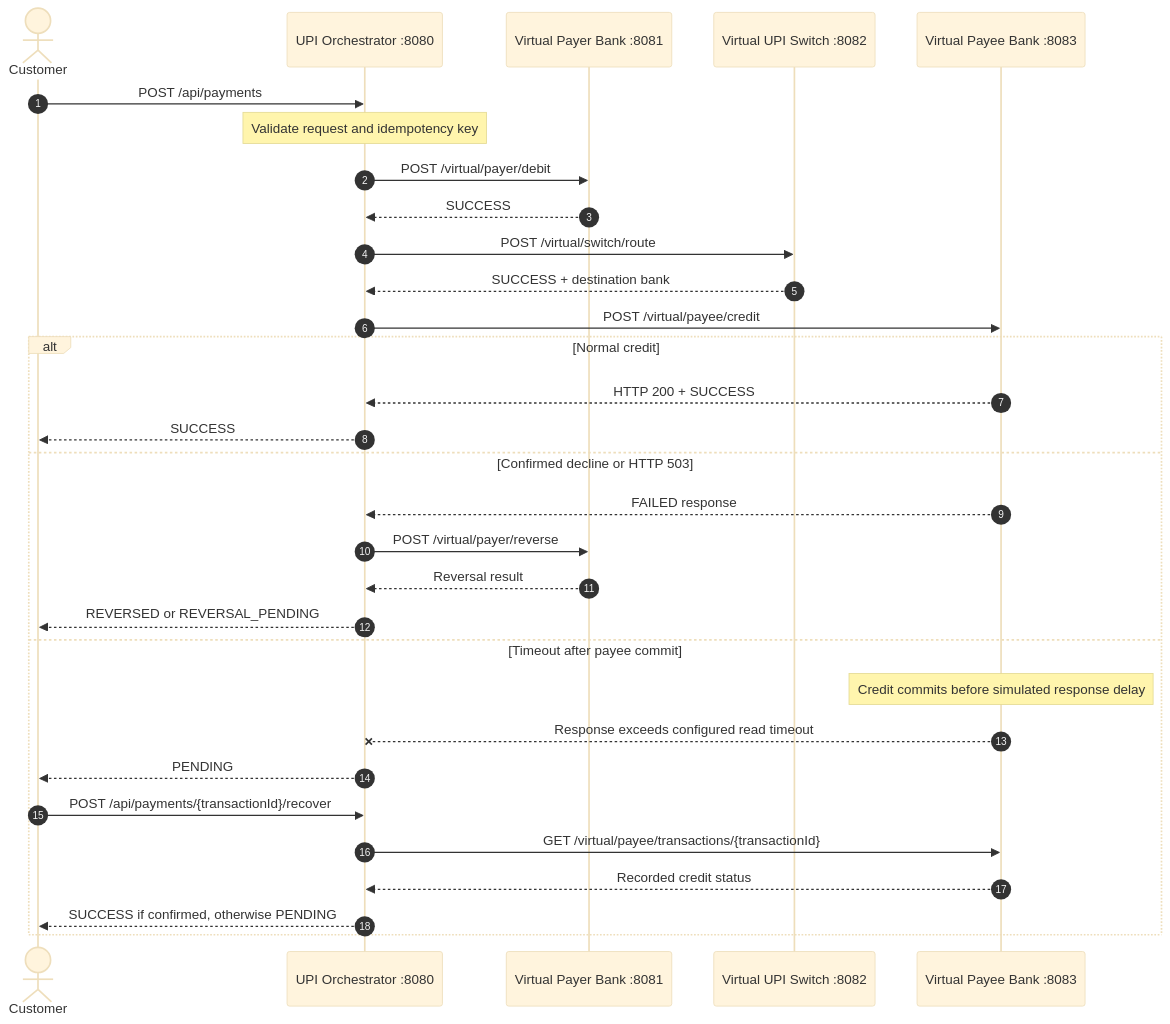
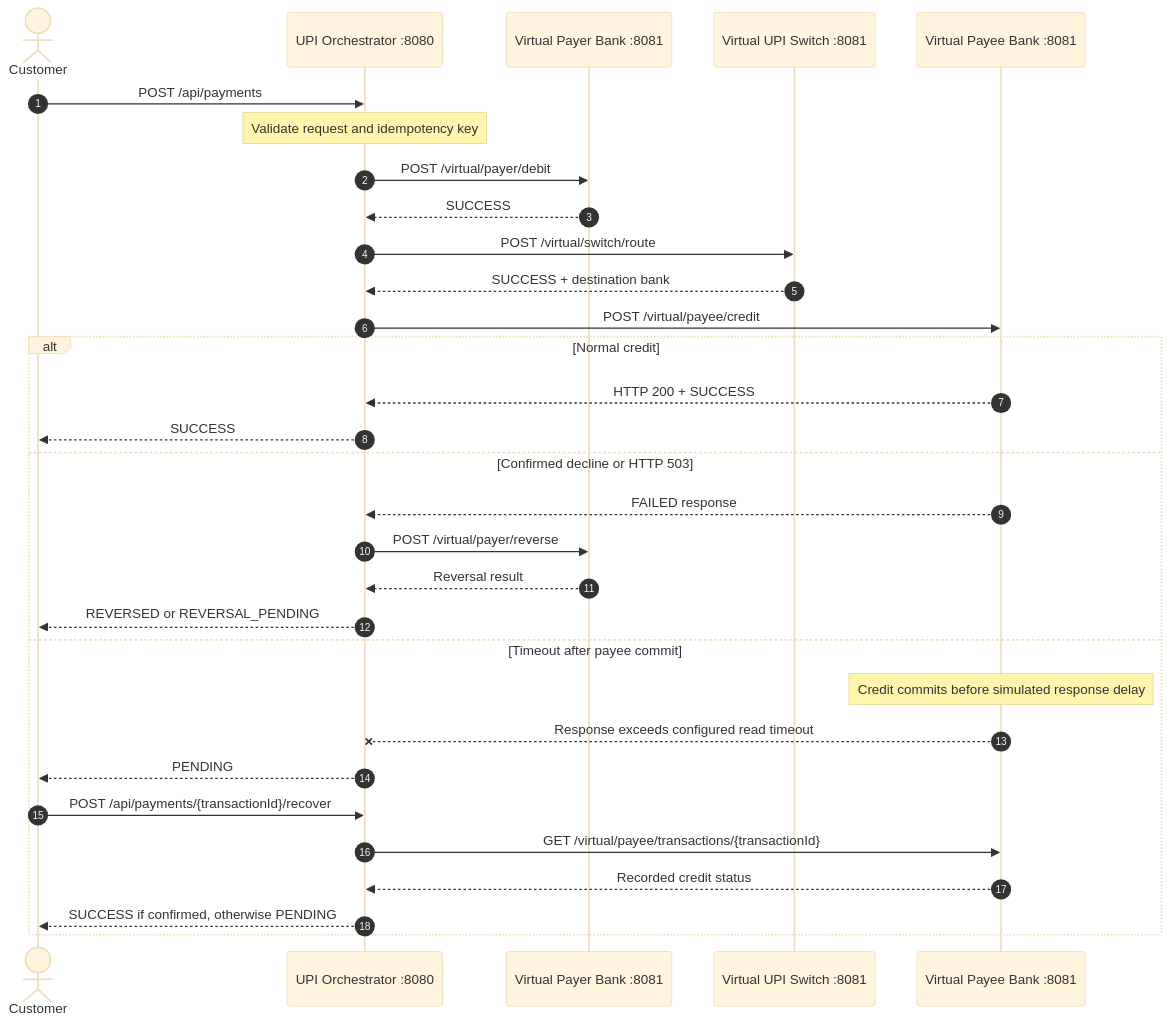
The second of 2 diagrams in README.md (guptaprashantOO3/upi-service-virtualization), drawn with Mermaid (base theme) before and after one commit.

Commit message:
Fix participant port numbers in README
Updated participant ports for UPI Orchestrator and banks.

````diff
--- a/README.md
+++ b/README.md
@@ -83,43 +83,43 @@
 ```mermaid
 
 sequenceDiagram
     autonumber
 
     actor Customer
     participant O as UPI Orchestrator :8080
     participant P as Virtual Payer Bank :8081
-    participant S as Virtual UPI Switch :8082
-    participant B as Virtual Payee Bank :8083
+    participant S as Virtual UPI Switch :8081
+    participant B as Virtual Payee Bank :8081
 
     Customer->>O: POST /api/payments
     Note over O: Validate request and idempotency key
 
     O->>P: POST /virtual/payer/debit
     P-->>O: SUCCESS
 
     O->>S: POST /virtual/switch/route
     S-->>O: SUCCESS + destination bank
 
     O->>B: POST /virtual/payee/credit
 
     alt Normal credit
         B-->>O: HTTP 200 + SUCCESS
         O-->>Customer: SUCCESS
 
     else Confirmed decline or HTTP 503
         B-->>O: FAILED response
         O->>P: POST /virtual/payer/reverse
         P-->>O: Reversal result
         O-->>Customer: REVERSED or REVERSAL_PENDING
 
     else Timeout after payee commit
         Note over B: Credit commits before simulated response delay
         B--xO: Response exceeds configured read timeout
         O-->>Customer: PENDING
 
         Customer->>O: POST /api/payments/{transactionId}/recover
         O->>B: GET /virtual/payee/transactions/{transactionId}
         B-->>O: Recorded credit status
         O-->>Customer: SUCCESS if confirmed, otherwise PENDING
     end
 ```
````
